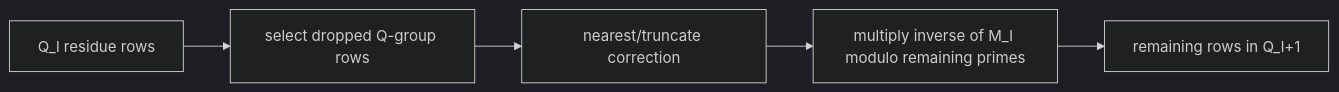
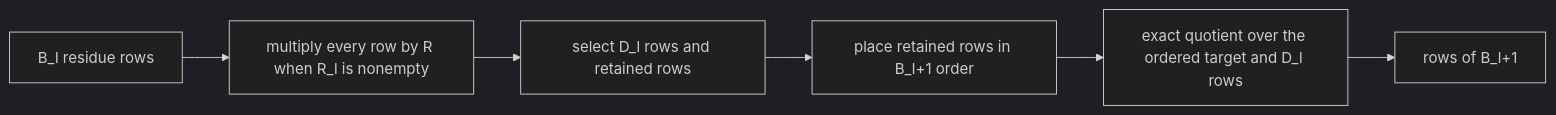
The sixth of 6 diagrams in docs/developer/multiplication-keyswitch-rescale.md (visualDust/fhelium), drawn with Mermaid (dark theme) before and after one commit. The commit also changed other lines of this file and 439 other files, not shown here.

````diff
--- a/docs/developer/multiplication-keyswitch-rescale.md
+++ b/docs/developer/multiplication-keyswitch-rescale.md
@@ -171,9 +171,10 @@
 ```mermaid
 flowchart LR
-    IN[Q_l residue rows]
-    DROP[select dropped Q-group rows]
-    ROUND[nearest/truncate correction]
-    INV[multiply inverse of M_l modulo remaining primes]
-    OUT[remaining rows in Q_l+1]
-    IN --> DROP --> ROUND --> INV --> OUT
+    IN[B_l residue rows]
+    RES[multiply every row by R when R_l is nonempty]
+    DROP[select D_l rows and retained rows]
+    PLACE[place retained rows in B_l+1 order]
+    ROUND[exact quotient over the ordered target and D_l rows]
+    OUT[rows of B_l+1]
+    IN --> RES --> DROP --> PLACE --> ROUND --> OUT
 ```
````
